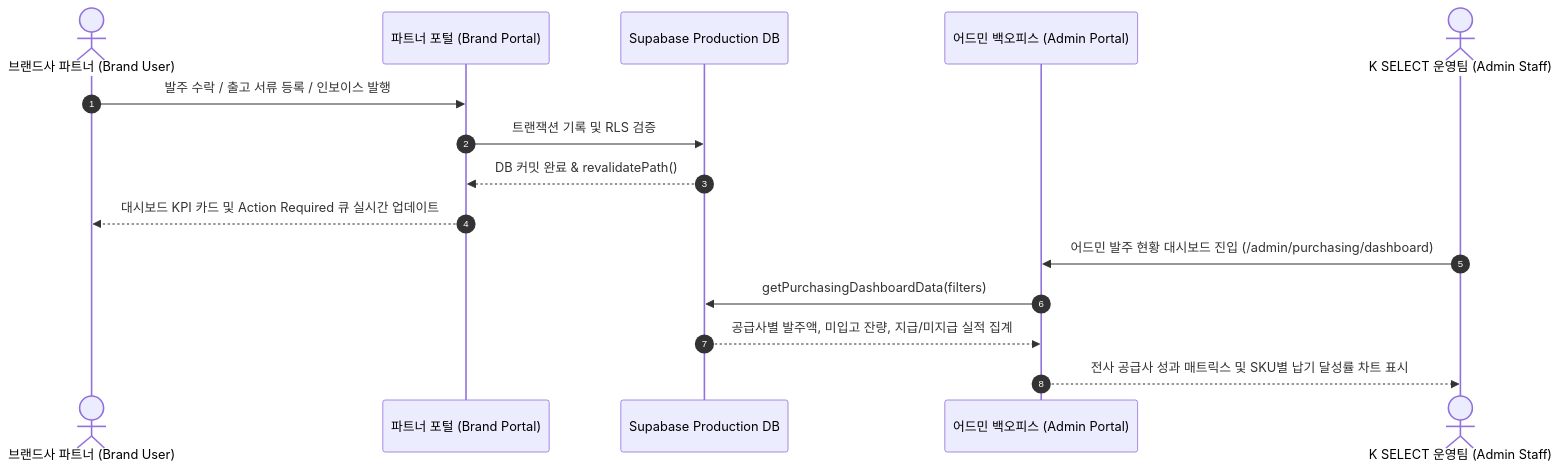
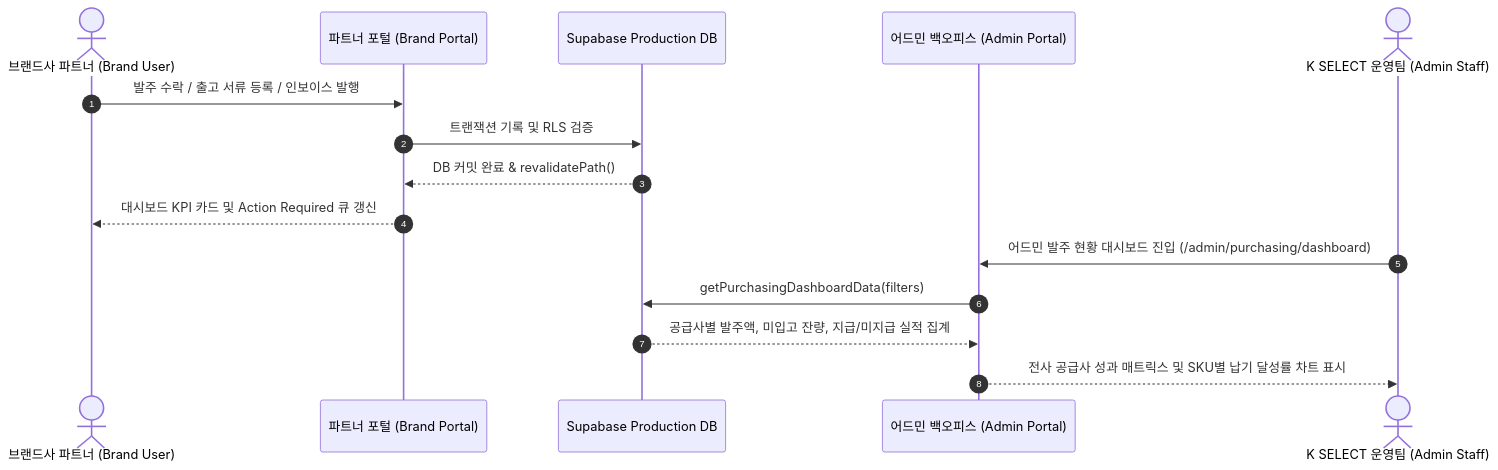
Before and after one commit to chaehahm-Kr/KBGP-Portal: the fifth of 5 diagrams in Manuals/MAN-B-RPT-001_Reports-Performance/02_CLAUDE_PACKAGE/03_DIAGRAMS/REPORTS_PERFORMANCE_ARCHITECTURE_DIAGRAMS.md, drawn with Mermaid. The commit also changed other lines of this file and 6 other files, not shown here.

````diff
--- a/Manuals/MAN-B-RPT-001_Reports-Performance/02_CLAUDE_PACKAGE/03_DIAGRAMS/REPORTS_PERFORMANCE_ARCHITECTURE_DIAGRAMS.md
+++ b/Manuals/MAN-B-RPT-001_Reports-Performance/02_CLAUDE_PACKAGE/03_DIAGRAMS/REPORTS_PERFORMANCE_ARCHITECTURE_DIAGRAMS.md
@@ -127,19 +128,19 @@
 ```mermaid
 sequenceDiagram
     autonumber
     actor Brand as 브랜드사 파트너 (Brand User)
     participant Portal as 파트너 포털 (Brand Portal)
     participant Supabase as Supabase Production DB
     participant Admin as 어드민 백오피스 (Admin Portal)
     actor AdminStaff as K SELECT 운영팀 (Admin Staff)
 
     Brand->>Portal: 발주 수락 / 출고 서류 등록 / 인보이스 발행
     Portal->>Supabase: 트랜잭션 기록 및 RLS 검증
     Supabase-->>Portal: DB 커밋 완료 & revalidatePath()
-    Portal-->>Brand: 대시보드 KPI 카드 및 Action Required 큐 실시간 업데이트
+    Portal-->>Brand: 대시보드 KPI 카드 및 Action Required 큐 갱신
 
     AdminStaff->>Admin: 어드민 발주 현황 대시보드 진입 (/admin/purchasing/dashboard)
     Admin->>Supabase: getPurchasingDashboardData(filters)
     Supabase-->>Admin: 공급사별 발주액, 미입고 잔량, 지급/미지급 실적 집계
     Admin-->>AdminStaff: 전사 공급사 성과 매트릭스 및 SKU별 납기 달성률 차트 표시
 ```
````
